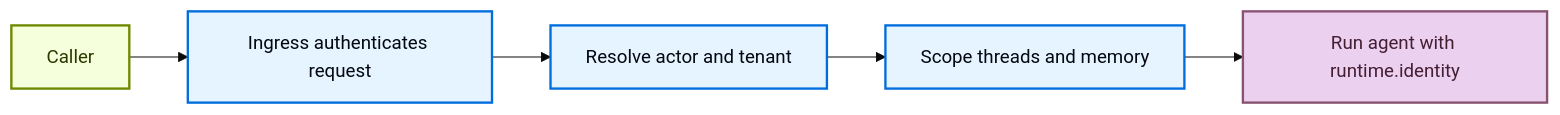
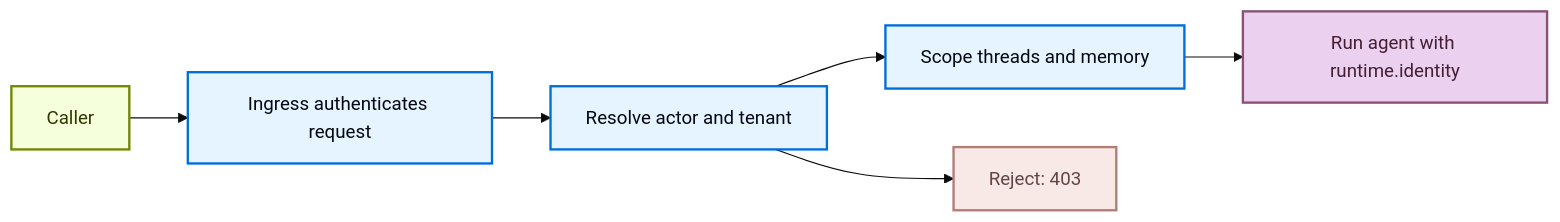
The diagram in src/langsmith/managed-deep-agents-identity.mdx (wsnchristopher/docs-1), drawn with Mermaid (base theme) before and after one commit. The commit also changed other lines of this file and 1 other file, not shown here.

````diff
--- a/src/langsmith/managed-deep-agents-identity.mdx
+++ b/src/langsmith/managed-deep-agents-identity.mdx
@@ -54,14 +64,17 @@
 ```mermaid
 flowchart LR
     Caller["Caller"] --> Ingress["Ingress authenticates request"]
     Ingress --> Resolve["Resolve actor and tenant"]
     Resolve --> Scope["Scope threads and memory"]
+    Resolve --> Reject["Reject: 403"]
     Scope --> Run["Run agent with runtime.identity"]
 
     classDef process fill:#E5F4FF,stroke:#006DDD,stroke-width:2px,color:#030710;
     classDef trigger fill:#F6FFDB,stroke:#6E8900,stroke-width:2px,color:#2E3900;
     classDef output fill:#EBD0F0,stroke:#885270,stroke-width:2px,color:#441E33;
+    classDef alert fill:#F8E8E6,stroke:#B27D75,stroke-width:2px,color:#634643;
     class Caller trigger;
     class Ingress,Resolve,Scope process;
     class Run output;
+    class Reject alert;
 ```
````
